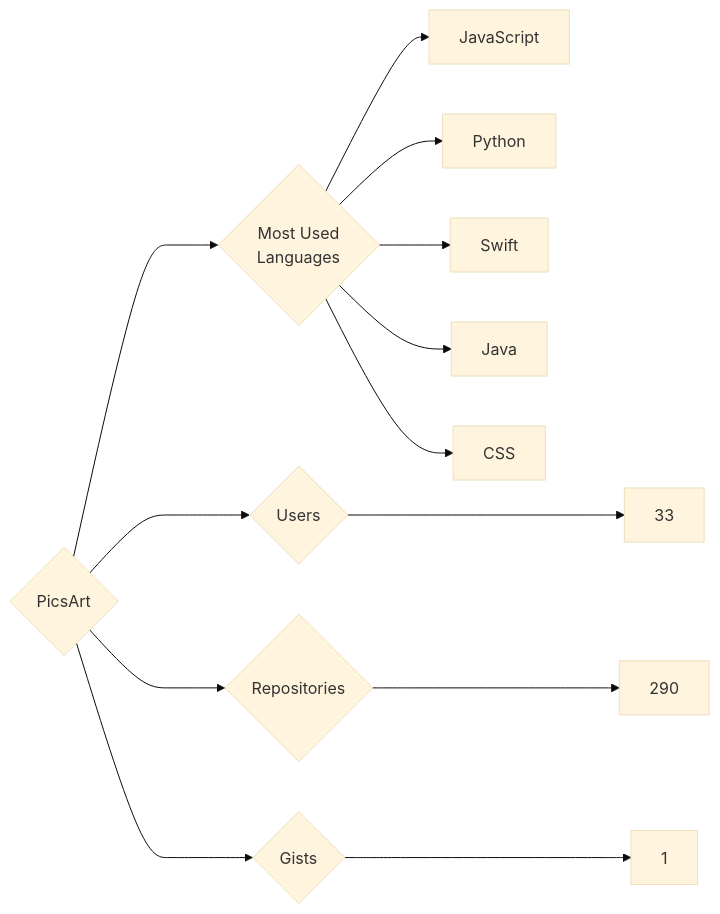
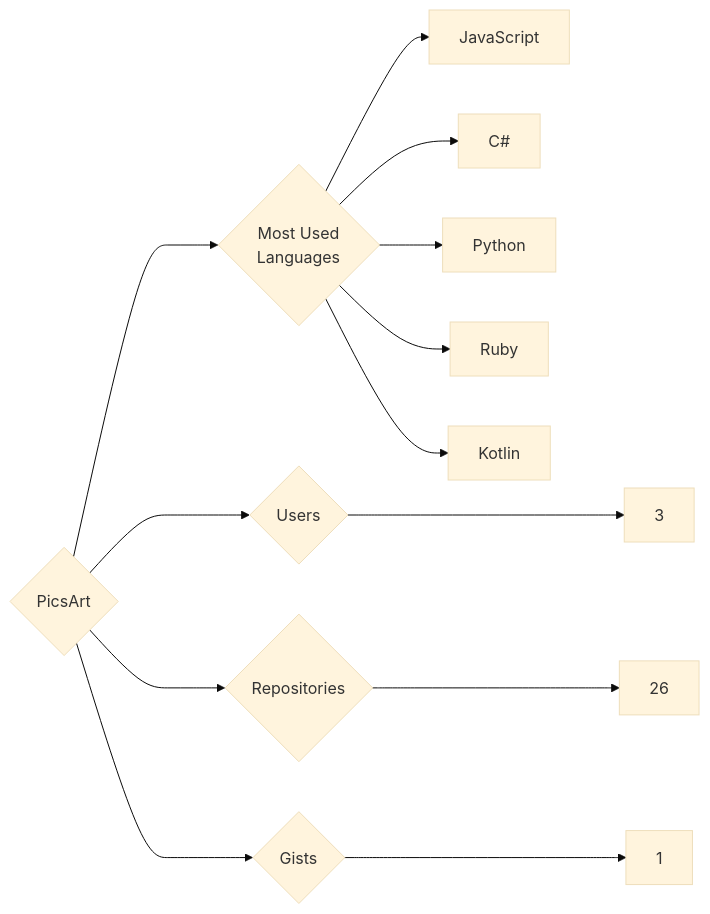
Before and after one commit to trickest/insiders: the diagram in targets/PicsArt/README.md, drawn with Mermaid (base theme). The commit also changed 682 other files, not shown here.

````diff
--- a/targets/PicsArt/README.md
+++ b/targets/PicsArt/README.md
@@ -3,13 +3,13 @@
 ```mermaid
 graph LR
 COMPANY_NAME{PicsArt}
-COMPANY_NAME ---> U{Users} ---> UN[33]
-COMPANY_NAME ---> R{Repositories} ---> RN[290]
+COMPANY_NAME ---> U{Users} ---> UN[3]
+COMPANY_NAME ---> R{Repositories} ---> RN[26]
 COMPANY_NAME ---> G{Gists} ---> GN[1]
 COMPANY_NAME ---> ML{Most Used<br>Languages}
 ML --> JavaScript[JavaScript]
+ML --> C#[C#]
 ML --> Python[Python]
-ML --> Swift[Swift]
-ML --> Java[Java]
-ML --> CSS[CSS]
+ML --> Ruby[Ruby]
+ML --> Kotlin[Kotlin]
 ```
````
